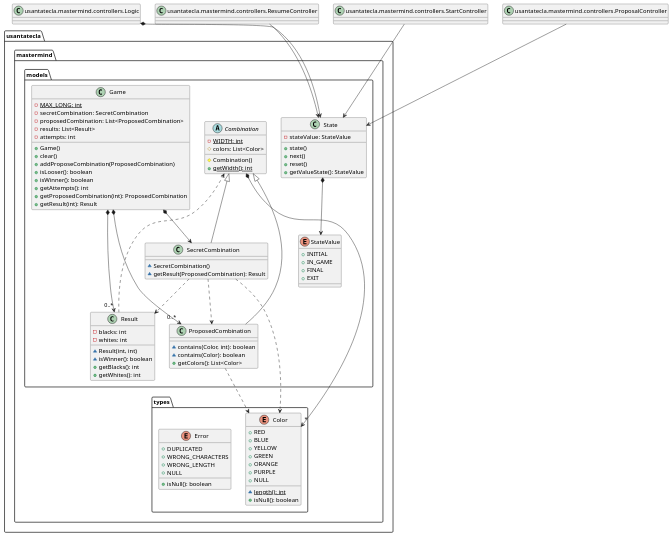
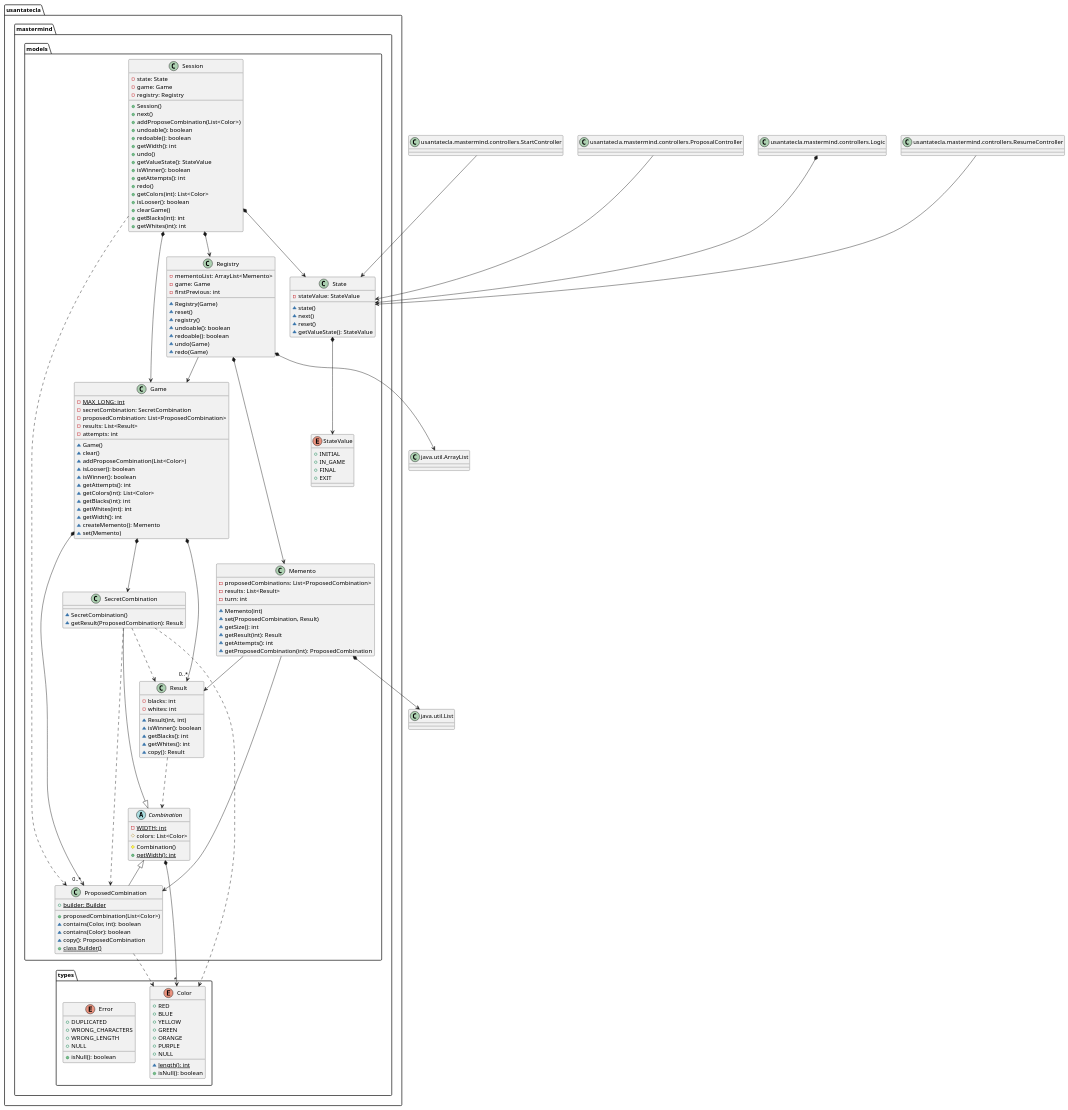
The fourth of 5 diagrams in modelViewPresenter/presentationModel/withComposite/docs/diagrams/src/paquetes.plantuml (SantaTecla-mastermind/solution.java.swing.socket.sql), drawn with PlantUML before and after one commit. The commit also changed other lines of this file and 6 other files, not shown here.

Commit message:
Diagramas terminados MVP WithComposite

```diff
--- a/modelViewPresenter/presentationModel/withComposite/docs/diagrams/src/paquetes.plantuml
+++ b/modelViewPresenter/presentationModel/withComposite/docs/diagrams/src/paquetes.plantuml
@@ -266,116 +334,189 @@
 @startuml usantatecla.mastermind.models
+class List as "java.util.List" {
+
+
+}
+class ArrayList as "java.util.ArrayList" {
+
+
+}
 class Logic as "usantatecla.mastermind.controllers.Logic" {
 
 
 }
 
 class ResumeController as "usantatecla.mastermind.controllers.ResumeController" {
 
 
 }
 
 class StartController as "usantatecla.mastermind.controllers.StartController" {
 
 
 }
 
 class ProposalController as "usantatecla.mastermind.controllers.ProposalController" {
 
 
 }
 
 class usantatecla.mastermind.models.State {
     - stateValue: StateValue
-    + state()
-    + next()
-    + reset()
-    + getValueState(): StateValue
+    ~ state()
+    ~ next()
+    ~ reset()
+    ~ getValueState(): StateValue
 }
 
 enum usantatecla.mastermind.models.StateValue {
     + INITIAL
     + IN_GAME
     + FINAL
     + EXIT
 } 
 
 abstract class usantatecla.mastermind.models.Combination {
 - {static} WIDTH: int
 # colors: List<Color>
 # Combination()
 + {static} getWidth(): int
 }
 usantatecla.mastermind.models.Combination *-down-> "*" usantatecla.mastermind.types.Color
 usantatecla.mastermind.models.State *-down-> usantatecla.mastermind.models.StateValue
 Logic *-down-> usantatecla.mastermind.models.State
 ProposalController -down-> usantatecla.mastermind.models.State
 ResumeController -down-> usantatecla.mastermind.models.State
 StartController -down-> usantatecla.mastermind.models.State
 
 class usantatecla.mastermind.models.Game {
 - {static} MAX_LONG: int
 - secretCombination: SecretCombination
 - proposedCombination: List<ProposedCombination>
 - results: List<Result>
 - attempts: int
-+ Game()
-+ clear()
-+ addProposeCombination(ProposedCombination)
-+ isLooser(): boolean
-+ isWinner(): boolean
-+ getAttempts(): int
-+ getProposedCombination(int): ProposedCombination
-+ getResult(int): Result
+~ Game()
+~ clear()
+~ addProposeCombination(List<Color>)
+~ isLooser(): boolean
+~ isWinner(): boolean
+~ getAttempts(): int
+~ getColors(int): List<Color>
+~ getBlacks(int): int
+~ getWhites(int): int
+~ getWidth(): int
+~ createMemento(): Memento
+~ set(Memento)
 }
 usantatecla.mastermind.models.Game *-down-> usantatecla.mastermind.models.SecretCombination
 usantatecla.mastermind.models.Game *-down-> "0..*" usantatecla.mastermind.models.Result
 usantatecla.mastermind.models.Game *-down-> "0..*" usantatecla.mastermind.models.ProposedCombination
 
 class usantatecla.mastermind.models.ProposedCombination {
++ proposedCombination(List<Color>)
 ~ contains(Color, int): boolean
 ~ contains(Color): boolean
-+ getColors(): List<Color>
+~ copy(): ProposedCombination
++ {static} builder: Builder
++ {static} class Builder()
 }
 usantatecla.mastermind.models.Combination <|-down- usantatecla.mastermind.models.ProposedCombination
 usantatecla.mastermind.models.ProposedCombination ..> usantatecla.mastermind.types.Color
 
 class usantatecla.mastermind.models.SecretCombination {
 ~ SecretCombination()
 ~ getResult(ProposedCombination): Result
 }
 usantatecla.mastermind.models.Combination <|-down- usantatecla.mastermind.models.SecretCombination
 usantatecla.mastermind.models.SecretCombination ..> usantatecla.mastermind.models.Result
 usantatecla.mastermind.models.SecretCombination ..> usantatecla.mastermind.models.ProposedCombination
 usantatecla.mastermind.models.SecretCombination ..> usantatecla.mastermind.types.Color
 
 class usantatecla.mastermind.models.Result {
 - blacks: int
 - whites: int
 ~ Result(int, int)
 ~ isWinner(): boolean
-+ getBlacks(): int
-+ getWhites(): int
+~ getBlacks(): int
+~ getWhites(): int
+~ copy(): Result
 }
 
 usantatecla.mastermind.models.Result -down..> usantatecla.mastermind.models.Combination
 
 enum usantatecla.mastermind.types.Color {
 + RED
 + BLUE
 + YELLOW
 + GREEN
 + ORANGE
 + PURPLE
 + NULL
 ~ {static} length(): int
 + isNull(): boolean
 }
 
 enum usantatecla.mastermind.types.Error {
 + DUPLICATED
 + WRONG_CHARACTERS
 + WRONG_LENGTH
 + NULL
 + isNull(): boolean
 }
+
+class  usantatecla.mastermind.models.Memento{
+- proposedCombinations: List<ProposedCombination>
+- results: List<Result>
+- turn: int
+~ Memento(int)
+~ set(ProposedCombination, Result)
+~ getSize(): int
+~ getResult(int): Result
+~ getAttempts(): int
+~ getProposedCombination(int): ProposedCombination
+}
+usantatecla.mastermind.models.Memento *-down-> List
+usantatecla.mastermind.models.Memento --> usantatecla.mastermind.models.Result
+usantatecla.mastermind.models.Memento --> usantatecla.mastermind.models.ProposedCombination
+
+class  usantatecla.mastermind.models.Registry{
+- mementoList: ArrayList<Memento>
+- game: Game
+- firstPrevious: int
+~ Registry(Game)
+~ reset()
+~ registry()
+~ undoable(): boolean
+~ redoable(): boolean
+~ undo(Game)
+~ redo(Game)
+}
+usantatecla.mastermind.models.Registry *-down-> usantatecla.mastermind.models.Memento
+usantatecla.mastermind.models.Registry *-down-> ArrayList
+usantatecla.mastermind.models.Registry --> usantatecla.mastermind.models.Game
+
+class  usantatecla.mastermind.models.Session{
+- state: State
+- game: Game
+- registry: Registry
++ Session()
++ next()
++ addProposeCombination(List<Color>)
++ undoable(): boolean
++ redoable(): boolean
++ getWidth(): int
++ undo()
++ getValueState(): StateValue
++ isWinner(): boolean
++ getAttempts(): int
++ redo()
++ getColors(int): List<Color>
++ isLooser(): boolean
++ clearGame()
++ getBlacks(int): int
++ getWhites(int): int
+}
+usantatecla.mastermind.models.Session *-down-> usantatecla.mastermind.models.Registry
+usantatecla.mastermind.models.Session *-down-> usantatecla.mastermind.models.State
+usantatecla.mastermind.models.Session *-down-> usantatecla.mastermind.models.Game
+usantatecla.mastermind.models.Session ..> usantatecla.mastermind.models.ProposedCombination
 @enduml
```
